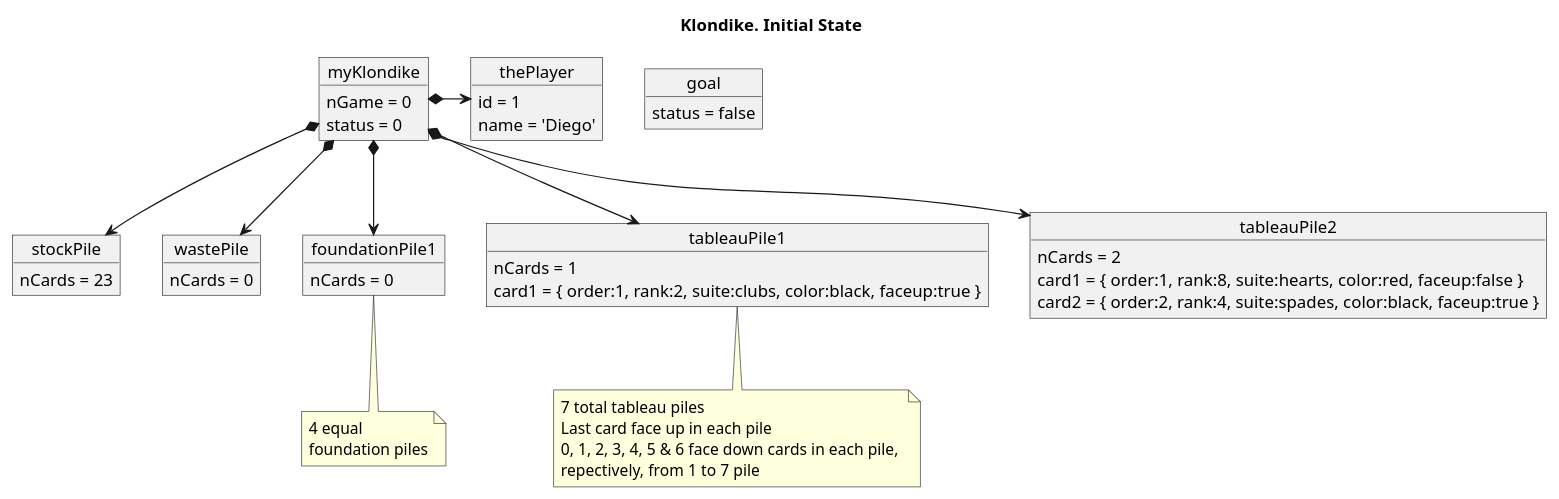
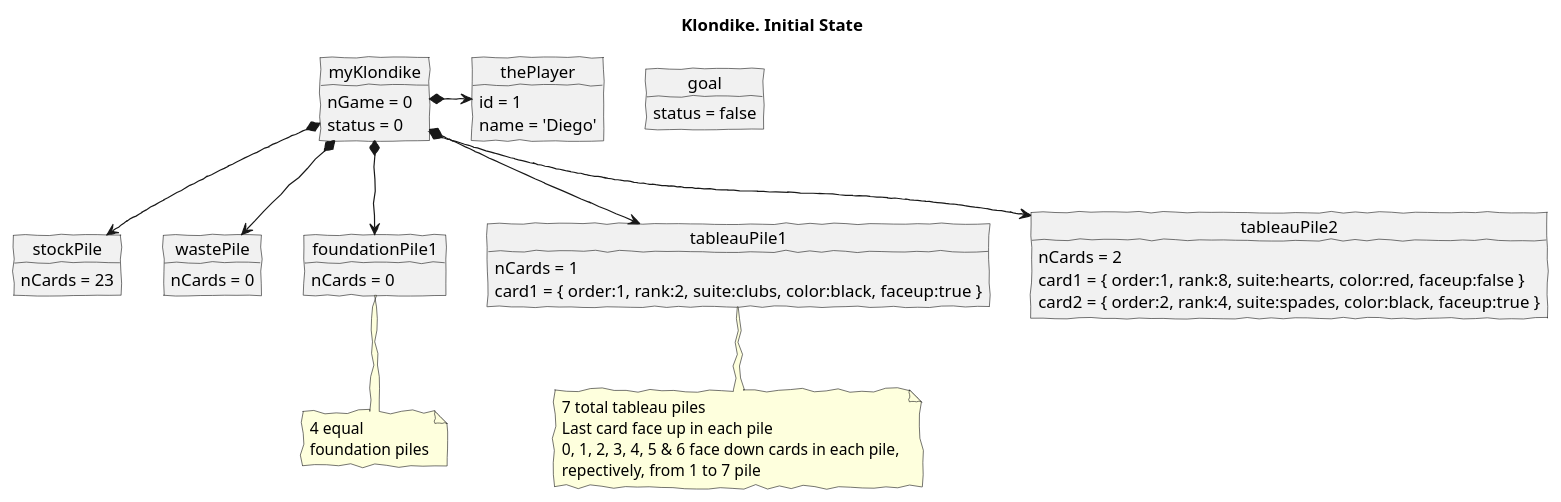
The diagram in tech-plantuml/game-klondike/semanaActual/docs/klondike--initial-state.puml (USantaTecla-ed-mpds/lab-boole), drawn with PlantUML before and after one commit. The commit also changed 7 other files, not shown here.

Commit message:
Klondike: Update Domain diagrams. Vocabulary, Initial & Final State, and Instructions

```diff
--- a/tech-plantuml/game-klondike/semanaActual/docs/klondike--initial-state.puml
+++ b/tech-plantuml/game-klondike/semanaActual/docs/klondike--initial-state.puml
@@ -1,67 +1,68 @@
 @startuml klondike--initial-state
+skinparam handwritten true
 
 title Klondike. Initial State
 
 object myKlondike {
     nGame = 0
     status = 0
 }
 
 object goal {
     status = false
 }
 
 object thePlayer {
     id = 1
     name = 'Diego'
 }
 
 object stockPile
 object wastePile
 
 object stockPile {
     nCards = 23
 }
 object wastePile {
     nCards = 0
 }
 object foundationPile1 {
     nCards = 0
 }
 note bottom of foundationPile1
     4 equal 
     foundation piles
 end note
 
 object tableauPile1
 note bottom of tableauPile1
     7 total tableau piles
     Last card face up in each pile
     0, 1, 2, 3, 4, 5 & 6 face down cards in each pile, 
     repectively, from 1 to 7 pile
 end note
 
 object tableauPile2
 
 object tableauPile1 {
     nCards = 1
     card1 = { order:1, rank:2, suite:clubs, color:black, faceup:true }
 }
 object tableauPile2 {
     nCards = 2
     card1 = { order:1, rank:8, suite:hearts, color:red, faceup:false }
     card2 = { order:2, rank:4, suite:spades, color:black, faceup:true }
 }
 
 
 
 myKlondike *-> thePlayer
 myKlondike *--> stockPile
 myKlondike *--> wastePile
 myKlondike *--> foundationPile1
 myKlondike *--> tableauPile1
 myKlondike *--> tableauPile2
 
 
 
 @enduml
```
